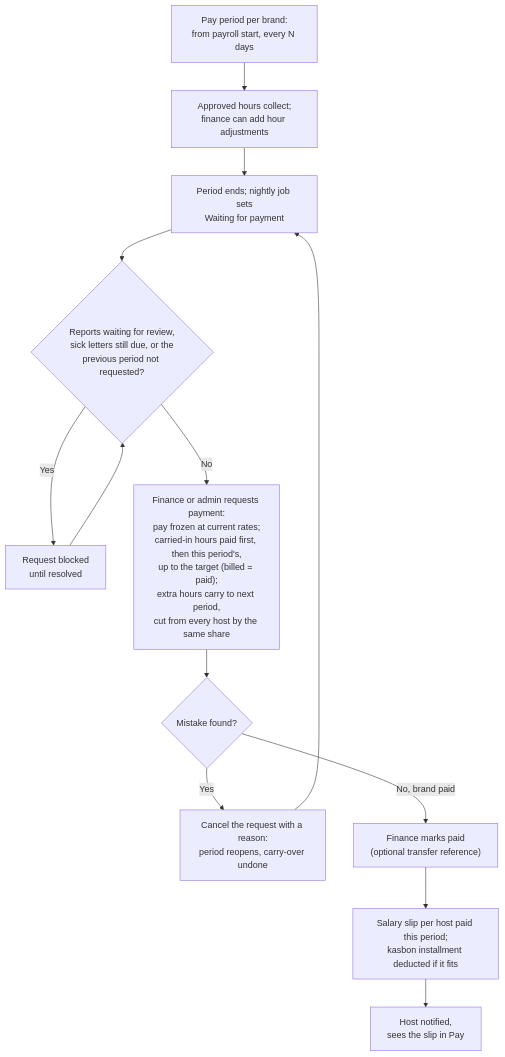
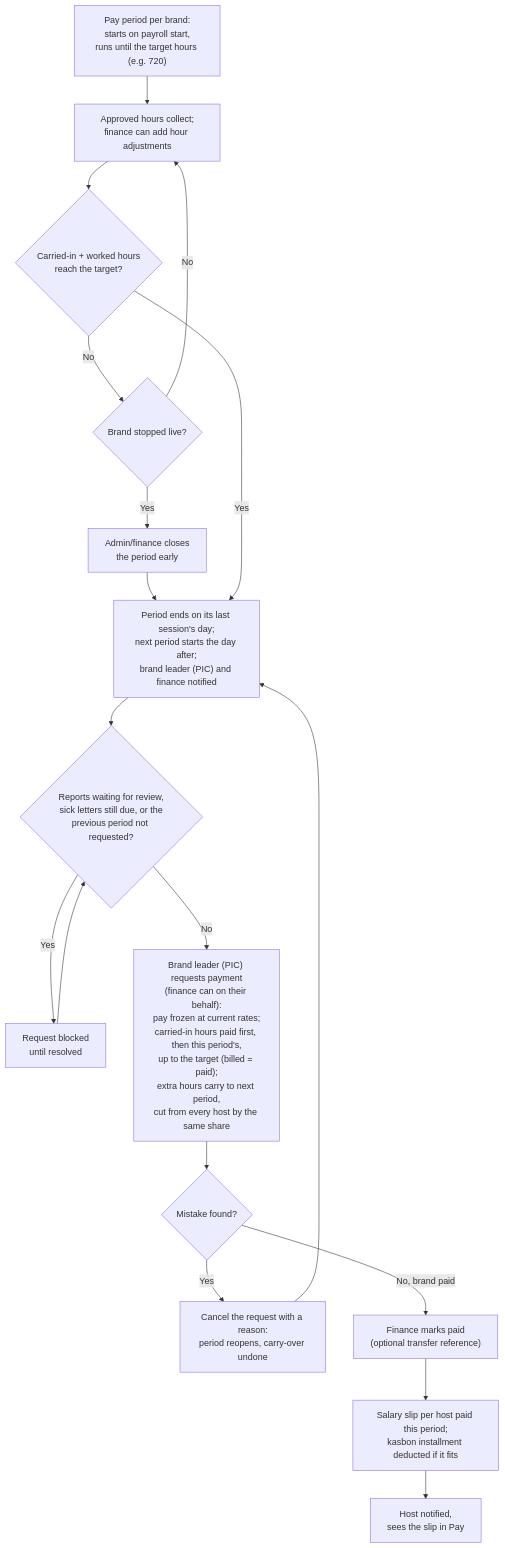
One commit to Adomancer/VidHelp changed the tenth of 13 diagrams in FLOWCHART.md. Above: the diagram before and after it, drawn with Mermaid. The commit also changed other lines of this file and 38 other files, not shown here.

First line of the commit message:
Switch payroll to target-hour periods

````diff
--- a/FLOWCHART.md
+++ b/FLOWCHART.md
@@ -214,15 +215,20 @@
 ```mermaid
 flowchart TD
-  A["Pay period per brand:<br/>from payroll start, every N days"] --> B["Approved hours collect;<br/>finance can add hour adjustments"]
-  B --> C["Period ends; nightly job sets<br/>Waiting for payment"]
+  A["Pay period per brand:<br/>starts on payroll start,<br/>runs until the target hours (e.g. 720)"] --> B["Approved hours collect;<br/>finance can add hour adjustments"]
+  B --> B2{"Carried-in + worked hours<br/>reach the target?"}
+  B2 -->|No| B3{"Brand stopped live?"}
+  B3 -->|No| B
+  B3 -->|Yes| B4["Admin/finance closes<br/>the period early"]
+  B4 --> C
+  B2 -->|Yes| C["Period ends on its last session's day;<br/>next period starts the day after;<br/>brand leader (PIC) and finance notified"]
   C --> D{"Reports waiting for review,<br/>sick letters still due, or the<br/>previous period not requested?"}
   D -->|Yes| E["Request blocked<br/>until resolved"]
   E --> D
-  D -->|No| F["Finance or admin requests payment:<br/>pay frozen at current rates;<br/>carried-in hours paid first, then this period's,<br/>up to the target (billed = paid);<br/>extra hours carry to next period,<br/>cut from every host by the same share"]
+  D -->|No| F["Brand leader (PIC) requests payment<br/>(finance can on their behalf):<br/>pay frozen at current rates;<br/>carried-in hours paid first, then this period's,<br/>up to the target (billed = paid);<br/>extra hours carry to next period,<br/>cut from every host by the same share"]
   F --> G{"Mistake found?"}
   G -->|Yes| H["Cancel the request with a reason:<br/>period reopens, carry-over undone"]
   H --> C
   G -->|No, brand paid| I["Finance marks paid<br/>(optional transfer reference)"]
   I --> J["Salary slip per host paid this period;<br/>kasbon installment deducted if it fits"]
   J --> K["Host notified,<br/>sees the slip in Pay"]
 ```
````
